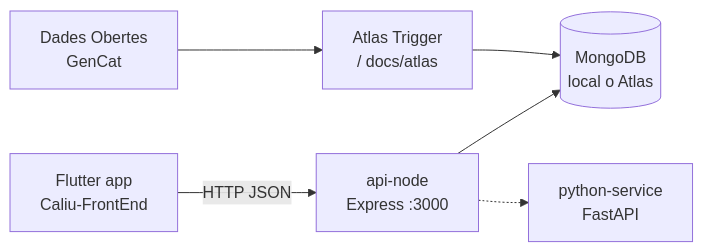
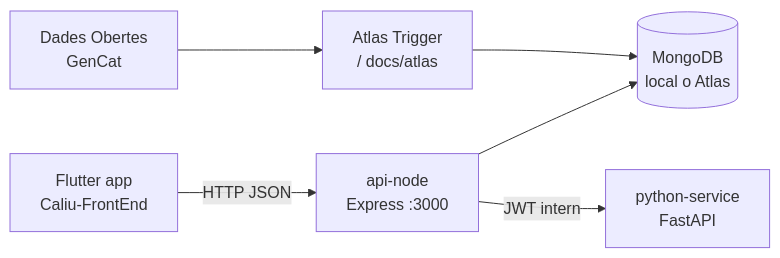
One commit to pes2627q1-11-gei-upc/Caliu-Backend changed the diagram in docs/arquitectura.md. Above: the diagram before and after it, drawn with Mermaid. The commit also changed other lines of this file and 11 other files, not shown here.

````diff
--- a/docs/arquitectura.md
+++ b/docs/arquitectura.md
@@ -3,8 +3,8 @@
 ```mermaid
 flowchart LR
   APP["Flutter app\nCaliu-FrontEnd"] -->|HTTP JSON| API["api-node\nExpress :3000"]
   API --> MONGO[(MongoDB\nlocal o Atlas)]
-  API -.-> PY["python-service\nFastAPI"]
+  API -->|JWT intern| PY["python-service\nFastAPI"]
   TRIGGER["Atlas Trigger\n/ docs/atlas"] --> MONGO
   OPEN["Dades Obertes\nGenCat"] --> TRIGGER
 ```
````
